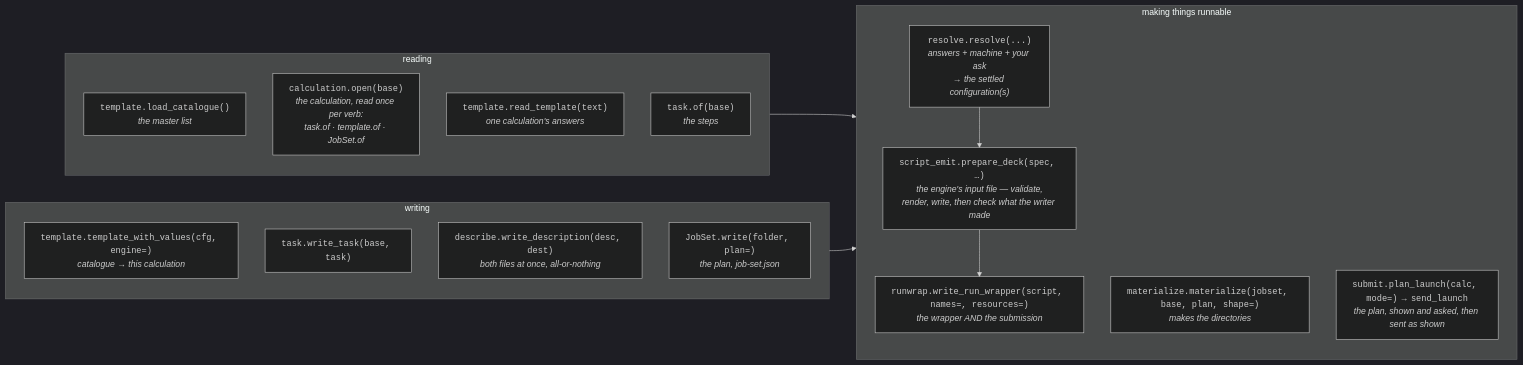
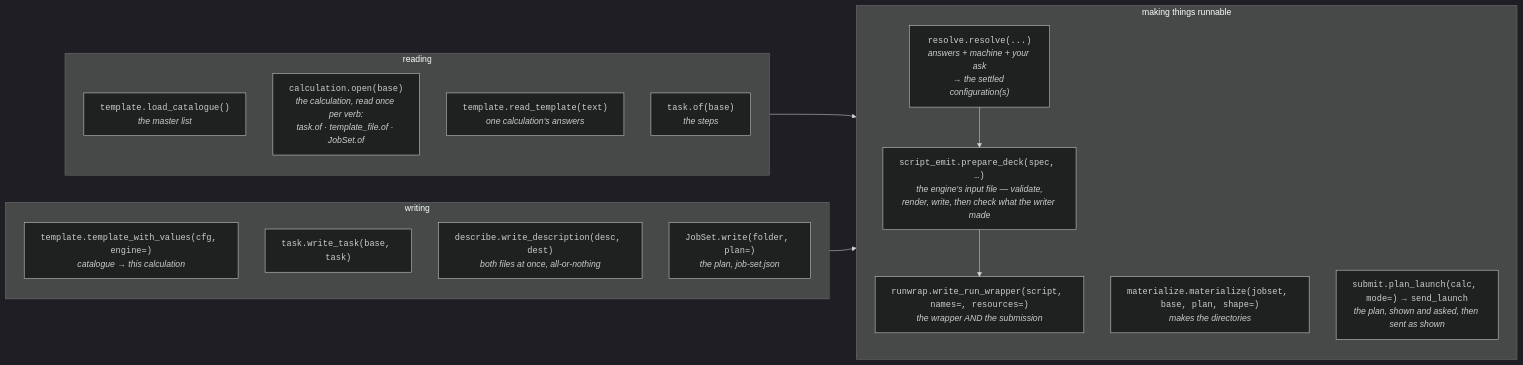
The second of 4 diagrams in docs/workflow.md (Qing-LAB/molbuilder), drawn with Mermaid (dark theme) before and after one commit. The commit also changed 106 other files, not shown here.

````diff
--- a/docs/workflow.md
+++ b/docs/workflow.md
@@ -224,25 +224,25 @@
 ```mermaid
 flowchart LR
     subgraph READ["reading"]
       A["<code>template.load_catalogue()</code><br/><i>the master list</i>"]
-      O["<code>calculation.open(base)</code><br/><i>the calculation, read once per verb:<br/>task.of · template.of · JobSet.of</i>"]
+      O["<code>calculation.open(base)</code><br/><i>the calculation, read once per verb:<br/>task.of · template_file.of · JobSet.of</i>"]
       B["<code>template.read_template(text)</code><br/><i>one calculation's answers</i>"]
       C["<code>task.of(base)</code><br/><i>the steps</i>"]
     end
     subgraph WRITE["writing"]
       D["<code>template.template_with_values(cfg, engine=)</code><br/><i>catalogue → this calculation</i>"]
       E["<code>task.write_task(base, task)</code>"]
       F["<code>describe.write_description(desc, dest)</code><br/><i>both files at once, all-or-nothing</i>"]
       L["<code>JobSet.write(folder, plan=)</code><br/><i>the plan, job-set.json</i>"]
     end
     subgraph MAKE["making things runnable"]
       G["<code>resolve.resolve(...)</code><br/><i>answers + machine + your ask<br/>→ the settled configuration(s)</i>"]
       K["<code>script_emit.prepare_deck(spec, …)</code><br/><i>the engine's input file — validate,<br/>render, write, then check what the writer made</i>"]
       H["<code>runwrap.write_run_wrapper(script, names=, resources=)</code><br/><i>the wrapper AND the submission</i>"]
       I["<code>materialize.materialize(jobset, base, plan, shape=)</code><br/><i>makes the directories</i>"]
       J["<code>submit.plan_launch(calc, mode=)</code> → <code>send_launch</code><br/><i>the plan, shown and asked, then sent as shown</i>"]
     end
     READ --> MAKE
     WRITE --> MAKE
     G --> K --> H
 ```
````
